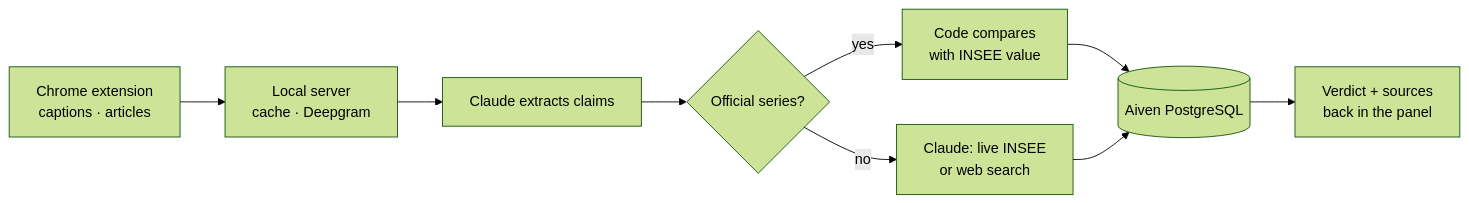
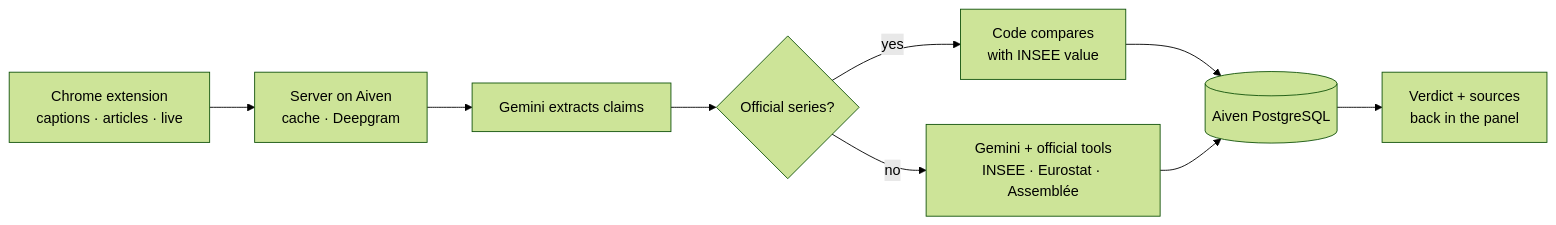
Before and after one commit to Pierreafeu181/Hackathon_factcheck-politique: the diagram in docs/DATA_LAYER.md, drawn with Mermaid (forest theme). The commit also changed other lines of this file and 2 other files, not shown here.

Commit message:
Rendu : PDF et couche de données à jour (Gemini, hébergé sur Aiven, sources officielles uniquement, deux benchmarks)

````diff
--- a/docs/DATA_LAYER.md
+++ b/docs/DATA_LAYER.md
@@ -9,11 +9,11 @@
 ```mermaid
 flowchart LR
-  A[Chrome extension<br/>captions · articles] --> B[Local server<br/>cache · Deepgram]
-  B --> C[Claude extracts claims]
+  A[Chrome extension<br/>captions · articles · live] --> B[Server on Aiven<br/>cache · Deepgram]
+  B --> C[Gemini extracts claims]
   C --> D{Official series?}
   D -- yes --> E[Code compares<br/>with INSEE value]
-  D -- no --> F[Claude: live INSEE<br/>or web search]
+  D -- no --> F[Gemini + official tools<br/>INSEE · Eurostat · Assemblée]
   E --> G[(Aiven PostgreSQL)]
   F --> G
   G --> H[Verdict + sources<br/>back in the panel]
 ```
````
